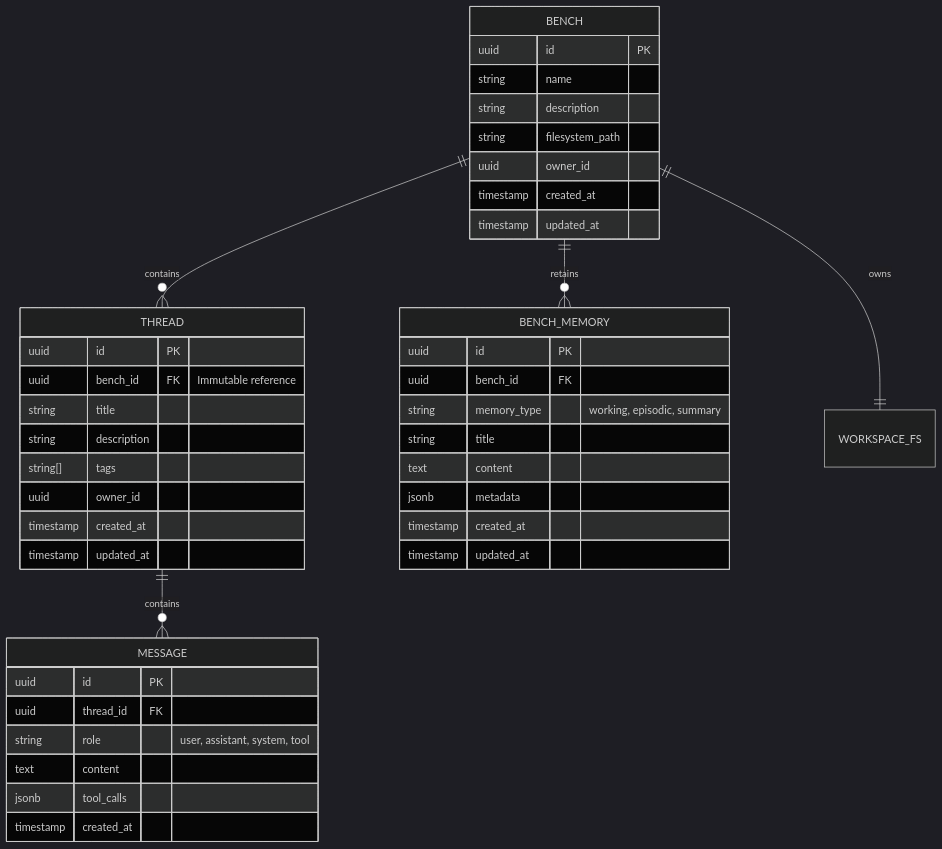
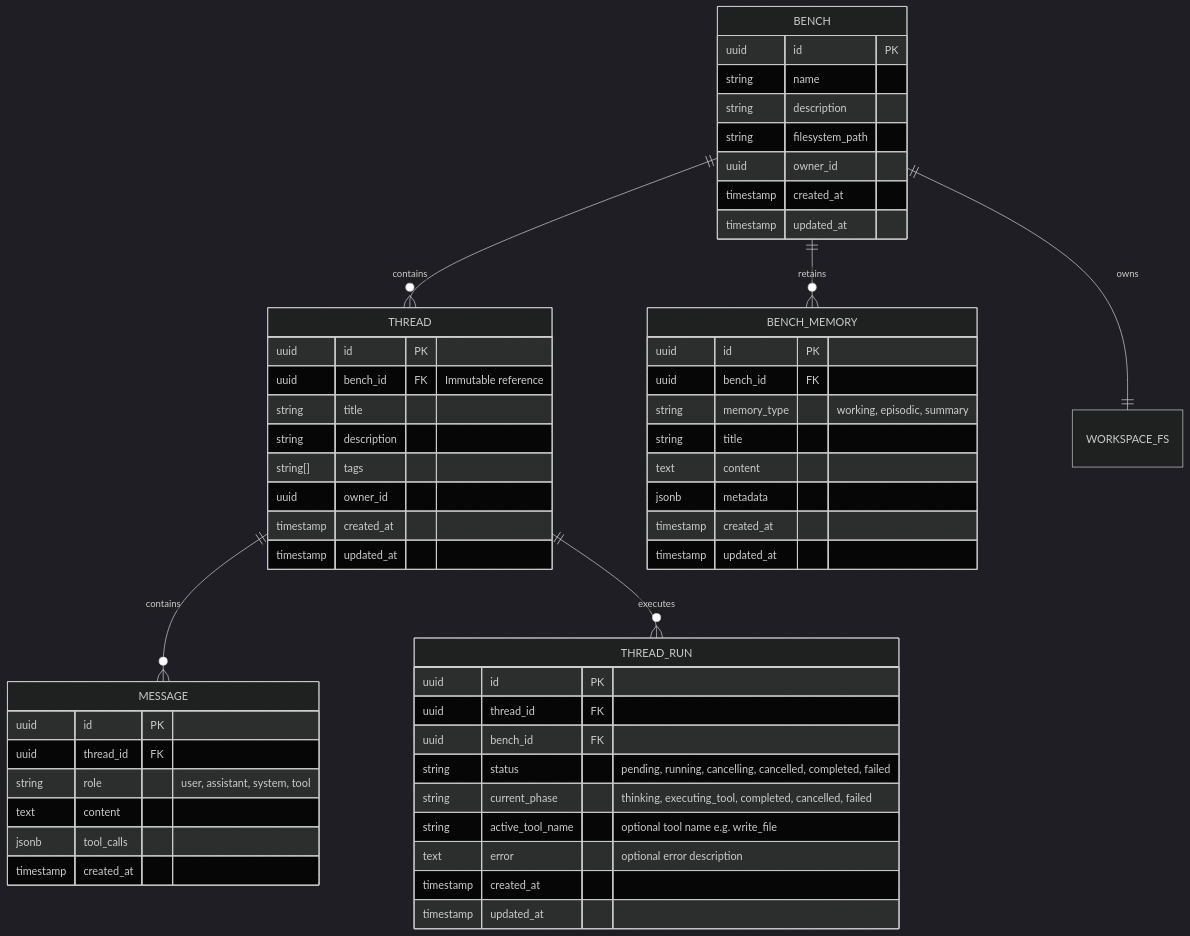
The first of 4 diagrams in spec/prds/workbench-bench-thread-prd.md (PolecatWorks/agent-as-data), drawn with Mermaid (dark theme) before and after one commit. The commit also changed other lines of this file and 2 other files, not shown here.

Commit message:
docs(prds): add persistent action tracking and distributed pre-tool cancellation architecture

````diff
--- a/spec/prds/workbench-bench-thread-prd.md
+++ b/spec/prds/workbench-bench-thread-prd.md
@@ -22,48 +23,61 @@
 ```mermaid
 erDiagram
     BENCH ||--o{ THREAD : contains
     BENCH ||--o{ BENCH_MEMORY : retains
     BENCH ||--|| WORKSPACE_FS : owns
     THREAD ||--o{ MESSAGE : contains
+    THREAD ||--o{ THREAD_RUN : executes
 
     BENCH {
         uuid id PK
         string name
         string description
         string filesystem_path
         uuid owner_id
         timestamp created_at
         timestamp updated_at
     }
 
     THREAD {
         uuid id PK
         uuid bench_id FK "Immutable reference"
         string title
         string description
         string[] tags
         uuid owner_id
+        timestamp created_at
+        timestamp updated_at
+    }
+
+    THREAD_RUN {
+        uuid id PK
+        uuid thread_id FK
+        uuid bench_id FK
+        string status "pending, running, cancelling, cancelled, completed, failed"
+        string current_phase "thinking, executing_tool, completed, cancelled, failed"
+        string active_tool_name "optional tool name e.g. write_file"
+        text error "optional error description"
         timestamp created_at
         timestamp updated_at
     }
 
     BENCH_MEMORY {
         uuid id PK
         uuid bench_id FK
         string memory_type "working, episodic, summary"
         string title
         text content
         jsonb metadata
         timestamp created_at
         timestamp updated_at
     }
 
     MESSAGE {
         uuid id PK
         uuid thread_id FK
         string role "user, assistant, system, tool"
         text content
         jsonb tool_calls
         timestamp created_at
     }
 ```
````
